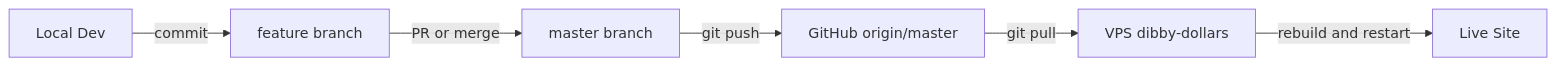
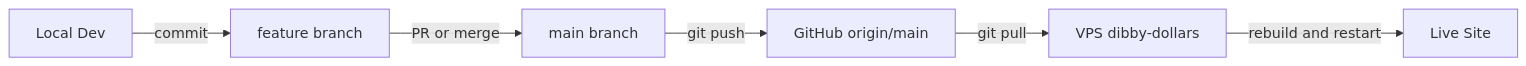
Before and after one commit to dsuth10/Dibby_Dollars: the diagram in notes/Dibby_Dollars_Deployment_Guide.md, drawn with Mermaid. The commit also changed other lines of this file and 8 other files, not shown here.

````diff
--- a/notes/Dibby_Dollars_Deployment_Guide.md
+++ b/notes/Dibby_Dollars_Deployment_Guide.md
@@ -254,8 +254,8 @@
 ```mermaid
 graph LR
     Local[Local Dev] -->|commit| Feature[feature branch]
-    Feature -->|PR or merge| Master[master branch]
-    Master -->|git push| GitHub[GitHub origin/master]
+    Feature -->|PR or merge| Main[main branch]
+    Main -->|git push| GitHub[GitHub origin/main]
     GitHub -->|git pull| VPS[VPS dibby-dollars]
     VPS -->|rebuild and restart| Live[Live Site]
 ```
````
